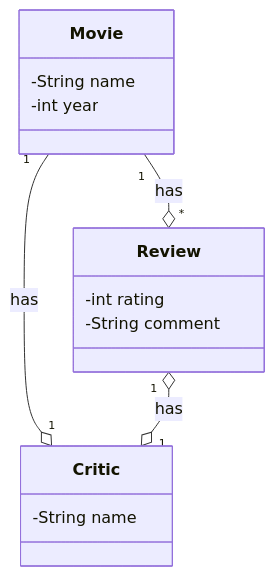
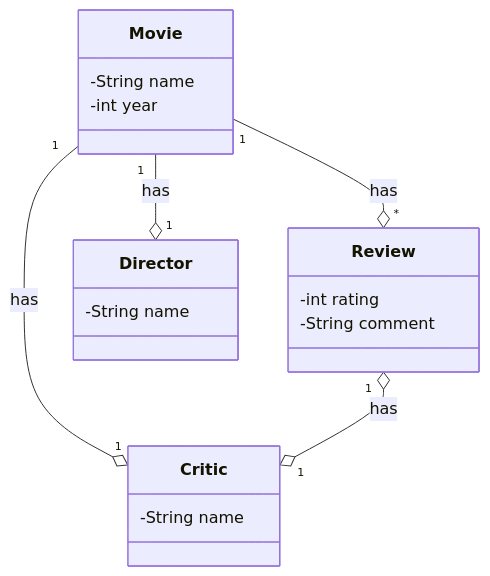
The first of 3 diagrams in docs/quarto-examples/java-exercises/Labs/java-se02-1.qmd (ProtossGP32/CIFO-Web-Applications), drawn with Mermaid before and after one commit. The commit also changed other lines of this file and 13 other files, not shown here.

````diff
--- a/docs/quarto-examples/java-exercises/Labs/java-se02-1.qmd
+++ b/docs/quarto-examples/java-exercises/Labs/java-se02-1.qmd
@@ -112,21 +113,26 @@
 ```{mermaid}
 classDiagram
     Movie "1" --o "*" Review : has
     Movie "1" --o "1" Critic : has
+    Movie "1" --o "1" Director : has
     Review "1" o--o "1" Critic : has
 
     class Movie{
         -String name
         -int year
     }
     
     class Critic {
         -String name
     }
 
+    class Director {
+        -String name
+    }
+
     class Review {
         -int rating
         -String comment
     }
 
 ```
````
